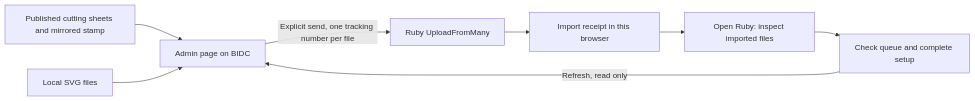
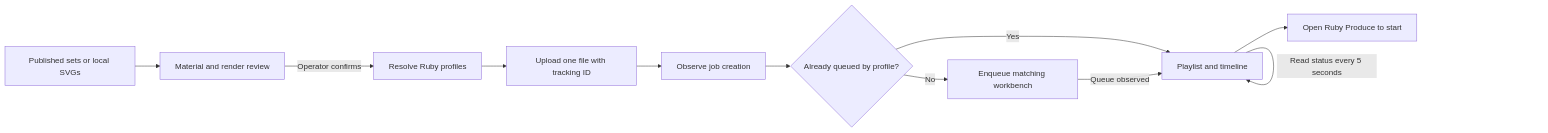
One commit to purduehackers/badges changed the diagram in docs/ruby.md. Above: the diagram before and after it, drawn with Mermaid. The commit also changed other lines of this file and 11 other files, not shown here.

Commit message:
Build the Ruby badge production workflow and queue player (#25)

````diff
--- a/docs/ruby.md
+++ b/docs/ruby.md
@@ -15,10 +15,13 @@
 ```mermaid
 flowchart LR
-  A[Published cutting sheets and mirrored stamp] --> B[Admin page on BIDC]
-  L[Local SVG files] --> B
-  B -->|Explicit send, one tracking number per file| C[Ruby UploadFromMany]
-  C --> D[Import receipt in this browser]
-  D --> E[Open Ruby: inspect imported files]
-  E --> F[Check queue and complete setup]
-  F -->|Refresh, read only| B
+  A[Published sets or local SVGs] --> B[Material and render review]
+  B -->|Operator confirms| C[Resolve Ruby profiles]
+  C --> D[Upload one file with tracking ID]
+  D --> E[Observe job creation]
+  E --> F{Already queued by profile?}
+  F -->|Yes| H[Playlist and timeline]
+  F -->|No| G[Enqueue matching workbench]
+  G -->|Queue observed| H
+  H -->|Read status every 5 seconds| H
+  H --> I[Open Ruby Produce to start]
 ```
````
